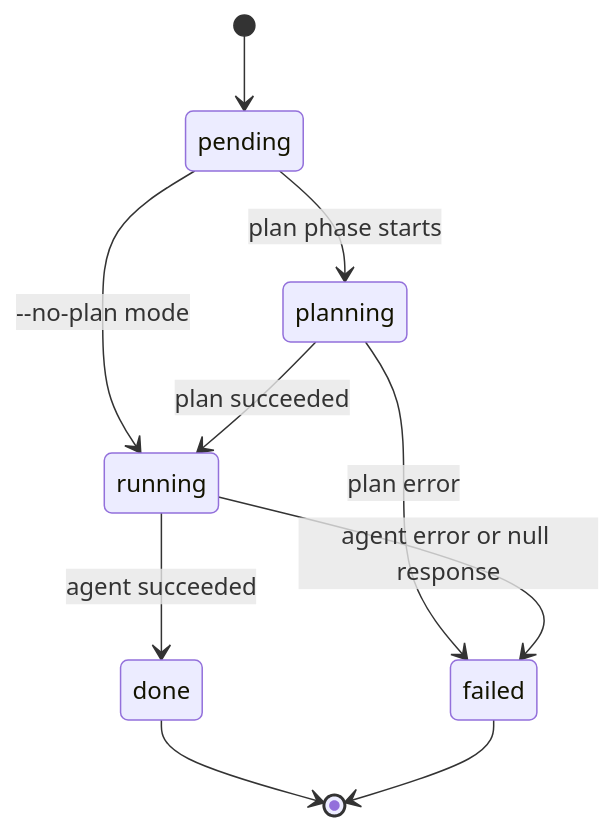
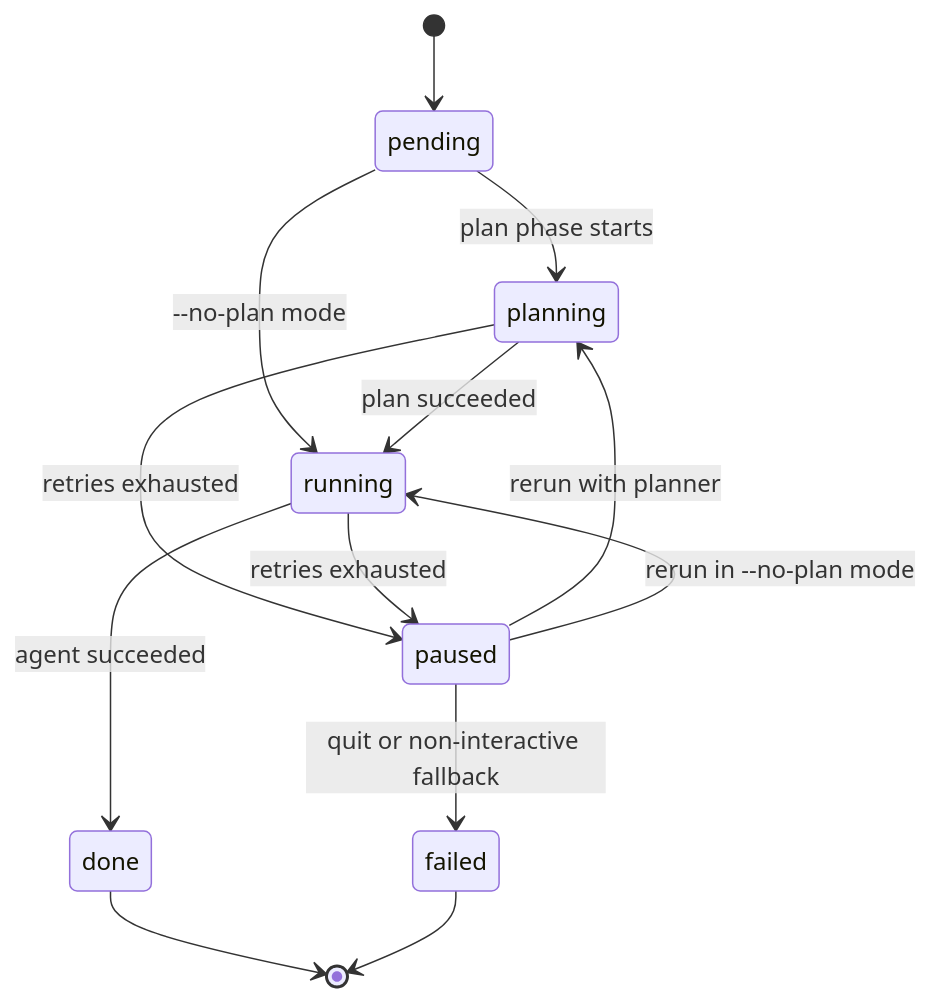
One commit to PatrickRuddiman/Dispatch changed the second of 3 diagrams in docs/planning-and-dispatch/overview.md. Above: the diagram before and after it, drawn with Mermaid. The commit also changed other lines of this file and 68 other files, not shown here.

````diff
--- a/docs/planning-and-dispatch/overview.md
+++ b/docs/planning-and-dispatch/overview.md
@@ -52,12 +54,15 @@
 ```mermaid
 stateDiagram-v2
     [*] --> pending
     pending --> planning : plan phase starts
     pending --> running : --no-plan mode
     planning --> running : plan succeeded
-    planning --> failed : plan error
+    planning --> paused : retries exhausted
     running --> done : agent succeeded
-    running --> failed : agent error or null response
+    running --> paused : retries exhausted
+    paused --> planning : rerun with planner
+    paused --> running : rerun in --no-plan mode
+    paused --> failed : quit or non-interactive fallback
     done --> [*]
     failed --> [*]
 ```
````
